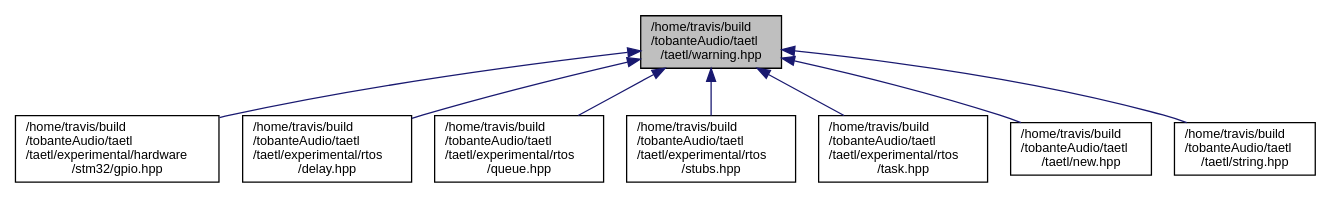
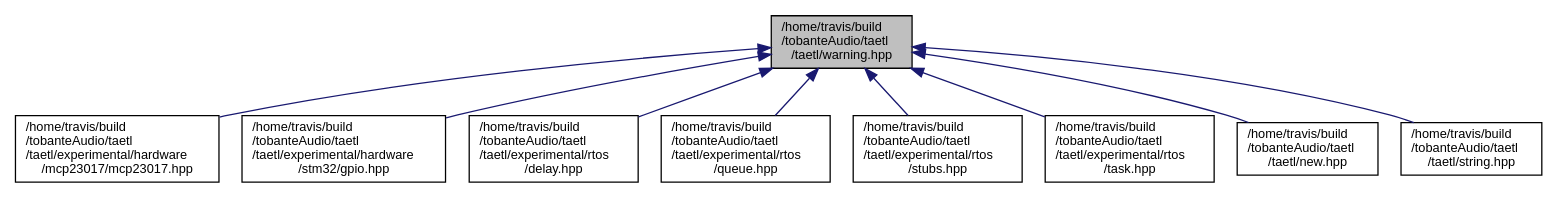
The diagram in warning_8hpp__dep__incl.dot (tobanteAudio/taetl), drawn with Graphviz before and after one commit. The commit also changed 155 other files, not shown here.

Commit message:
Deploy tobanteAudio/taetl to github.com/tobanteAudio/taetl.git:gh-pages

```diff
--- a/warning_8hpp__dep__incl.dot
+++ b/warning_8hpp__dep__incl.dot
@@ -1,20 +1,22 @@
 digraph "/home/travis/build/tobanteAudio/taetl/taetl/warning.hpp"
 {
   edge [fontname="Helvetica",fontsize="10",labelfontname="Helvetica",labelfontsize="10"];
   node [fontname="Helvetica",fontsize="10",shape=record];
   Node1 [label="/home/travis/build\l/tobanteAudio/taetl\l/taetl/warning.hpp",height=0.2,width=0.4,color="black", fillcolor="grey75", style="filled", fontcolor="black"];
   Node1 -> Node2 [dir="back",color="midnightblue",fontsize="10",style="solid",fontname="Helvetica"];
-  Node2 [label="/home/travis/build\l/tobanteAudio/taetl\l/taetl/experimental/hardware\l/stm32/gpio.hpp",height=0.2,width=0.4,color="black", fillcolor="white", style="filled",URL="$gpio_8hpp.html"];
+  Node2 [label="/home/travis/build\l/tobanteAudio/taetl\l/taetl/experimental/hardware\l/mcp23017/mcp23017.hpp",height=0.2,width=0.4,color="black", fillcolor="white", style="filled",URL="$mcp23017_8hpp.html"];
   Node1 -> Node3 [dir="back",color="midnightblue",fontsize="10",style="solid",fontname="Helvetica"];
-  Node3 [label="/home/travis/build\l/tobanteAudio/taetl\l/taetl/experimental/rtos\l/delay.hpp",height=0.2,width=0.4,color="black", fillcolor="white", style="filled",URL="$delay_8hpp.html"];
+  Node3 [label="/home/travis/build\l/tobanteAudio/taetl\l/taetl/experimental/hardware\l/stm32/gpio.hpp",height=0.2,width=0.4,color="black", fillcolor="white", style="filled",URL="$gpio_8hpp.html"];
   Node1 -> Node4 [dir="back",color="midnightblue",fontsize="10",style="solid",fontname="Helvetica"];
-  Node4 [label="/home/travis/build\l/tobanteAudio/taetl\l/taetl/experimental/rtos\l/queue.hpp",height=0.2,width=0.4,color="black", fillcolor="white", style="filled",URL="$queue_8hpp.html"];
+  Node4 [label="/home/travis/build\l/tobanteAudio/taetl\l/taetl/experimental/rtos\l/delay.hpp",height=0.2,width=0.4,color="black", fillcolor="white", style="filled",URL="$delay_8hpp.html"];
   Node1 -> Node5 [dir="back",color="midnightblue",fontsize="10",style="solid",fontname="Helvetica"];
-  Node5 [label="/home/travis/build\l/tobanteAudio/taetl\l/taetl/experimental/rtos\l/stubs.hpp",height=0.2,width=0.4,color="black", fillcolor="white", style="filled",URL="$stubs_8hpp.html"];
+  Node5 [label="/home/travis/build\l/tobanteAudio/taetl\l/taetl/experimental/rtos\l/queue.hpp",height=0.2,width=0.4,color="black", fillcolor="white", style="filled",URL="$queue_8hpp.html"];
   Node1 -> Node6 [dir="back",color="midnightblue",fontsize="10",style="solid",fontname="Helvetica"];
-  Node6 [label="/home/travis/build\l/tobanteAudio/taetl\l/taetl/experimental/rtos\l/task.hpp",height=0.2,width=0.4,color="black", fillcolor="white", style="filled",URL="$task_8hpp.html"];
+  Node6 [label="/home/travis/build\l/tobanteAudio/taetl\l/taetl/experimental/rtos\l/stubs.hpp",height=0.2,width=0.4,color="black", fillcolor="white", style="filled",URL="$stubs_8hpp.html"];
   Node1 -> Node7 [dir="back",color="midnightblue",fontsize="10",style="solid",fontname="Helvetica"];
-  Node7 [label="/home/travis/build\l/tobanteAudio/taetl\l/taetl/new.hpp",height=0.2,width=0.4,color="black", fillcolor="white", style="filled",URL="$new_8hpp.html"];
+  Node7 [label="/home/travis/build\l/tobanteAudio/taetl\l/taetl/experimental/rtos\l/task.hpp",height=0.2,width=0.4,color="black", fillcolor="white", style="filled",URL="$task_8hpp.html"];
   Node1 -> Node8 [dir="back",color="midnightblue",fontsize="10",style="solid",fontname="Helvetica"];
-  Node8 [label="/home/travis/build\l/tobanteAudio/taetl\l/taetl/string.hpp",height=0.2,width=0.4,color="black", fillcolor="white", style="filled",URL="$string_8hpp.html"];
+  Node8 [label="/home/travis/build\l/tobanteAudio/taetl\l/taetl/new.hpp",height=0.2,width=0.4,color="black", fillcolor="white", style="filled",URL="$new_8hpp.html"];
+  Node1 -> Node9 [dir="back",color="midnightblue",fontsize="10",style="solid",fontname="Helvetica"];
+  Node9 [label="/home/travis/build\l/tobanteAudio/taetl\l/taetl/string.hpp",height=0.2,width=0.4,color="black", fillcolor="white", style="filled",URL="$string_8hpp.html"];
 }
```
